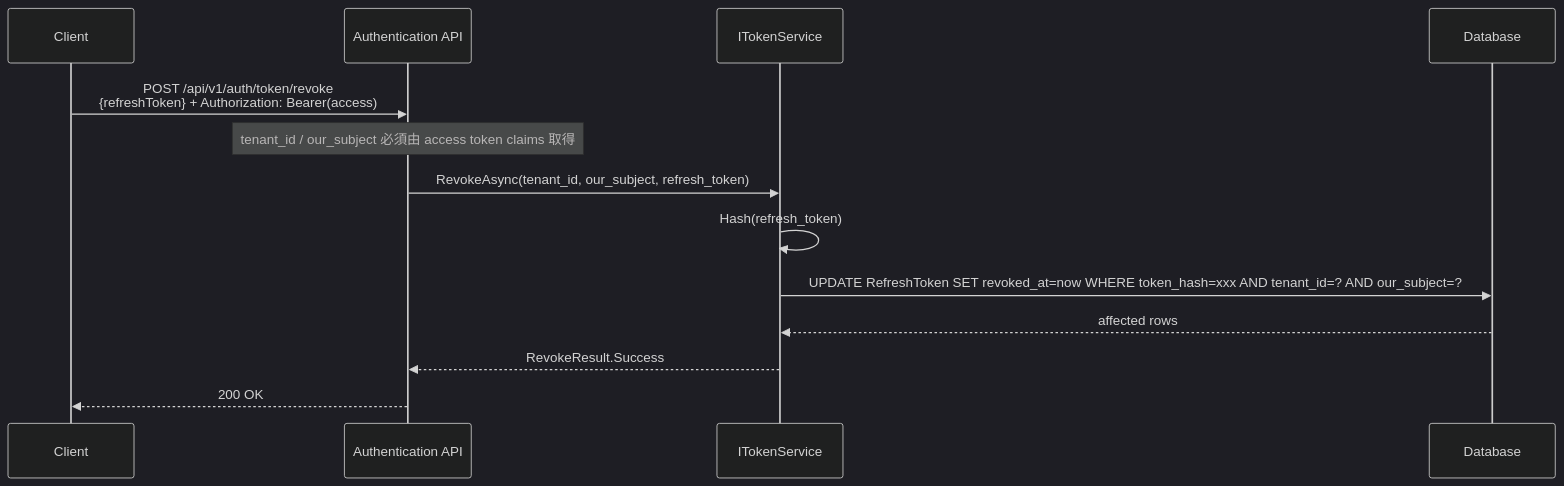
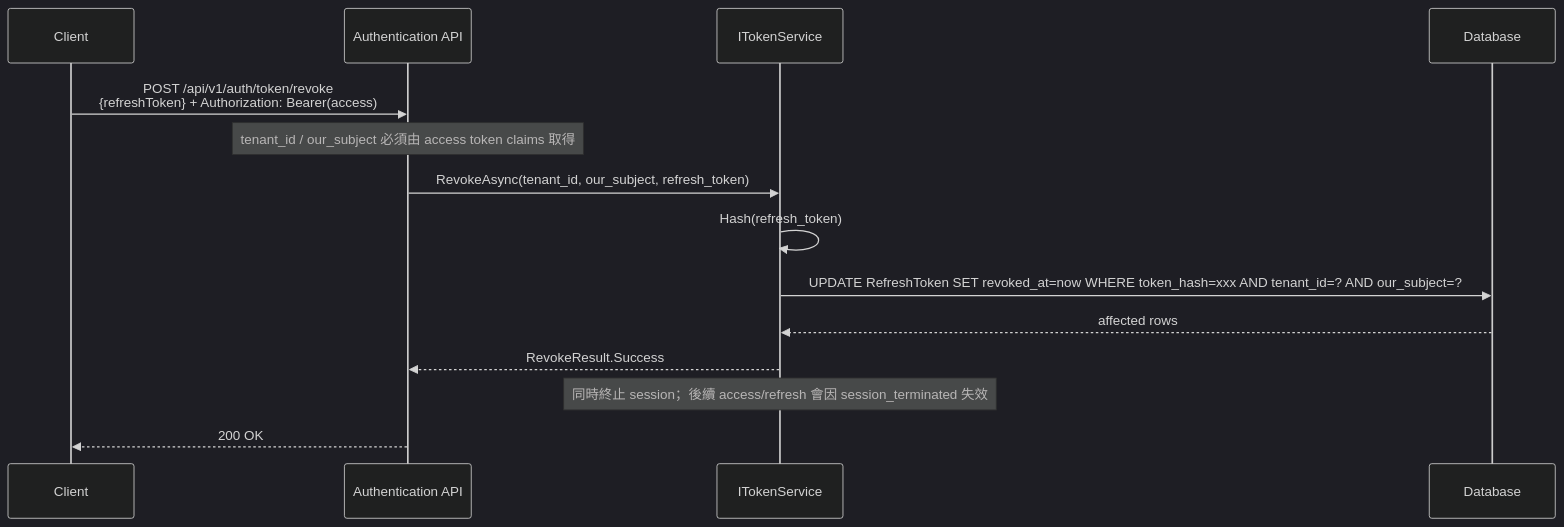
Before and after one commit to Bird73/Service: the sixth of 12 diagrams in docs/SequenceDiagrams.md, drawn with Mermaid (dark theme). The commit also changed other lines of this file and 57 other files, not shown here.

````diff
--- a/docs/SequenceDiagrams.md
+++ b/docs/SequenceDiagrams.md
@@ -224,17 +225,18 @@
 ```mermaid
 sequenceDiagram
     participant C as Client
     participant API as Authentication API
     participant TS as ITokenService
     participant DB as Database
 
     C->>API: POST /api/v1/auth/token/revoke<br/>{refreshToken} + Authorization: Bearer(access)
     note over API: tenant_id / our_subject 必須由 access token claims 取得
     API->>TS: RevokeAsync(tenant_id, our_subject, refresh_token)
     TS->>TS: Hash(refresh_token)
     TS->>DB: UPDATE RefreshToken SET revoked_at=now WHERE token_hash=xxx AND tenant_id=? AND our_subject=?
     DB-->>TS: affected rows
     TS-->>API: RevokeResult.Success
+    note over TS: 同時終止 session；後續 access/refresh 會因 session_terminated 失效
     API-->>C: 200 OK
 
 ```
````
